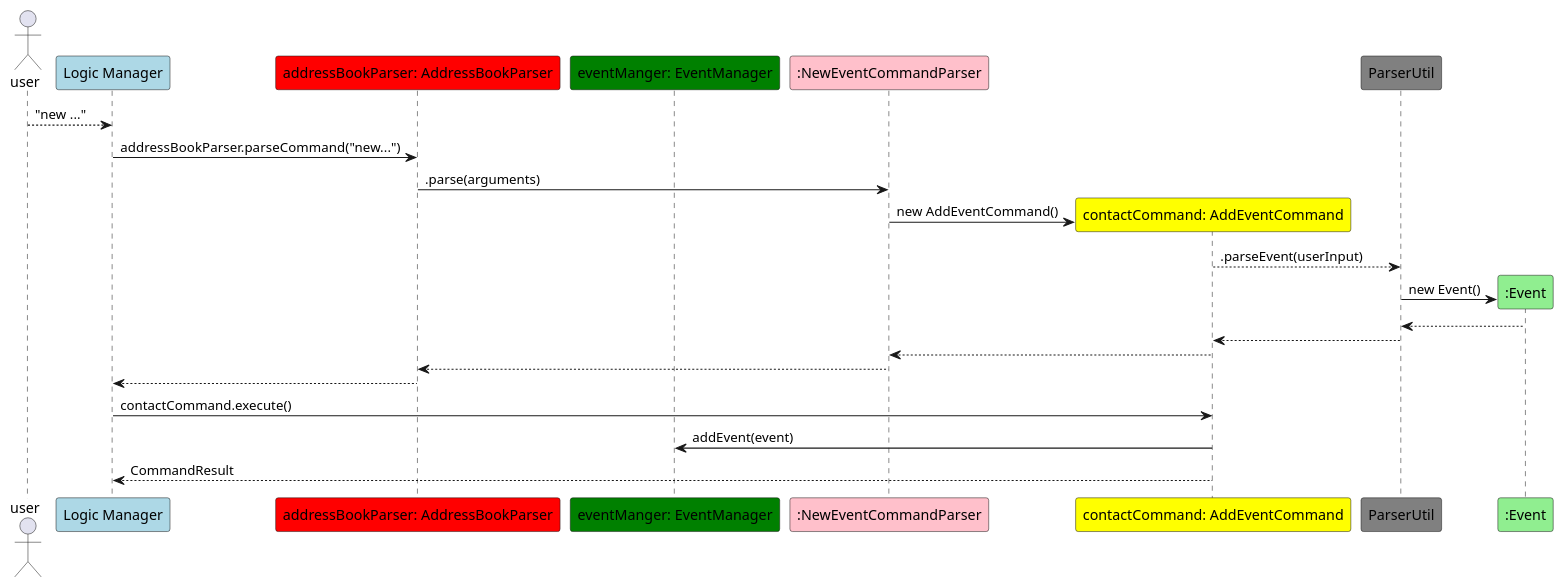
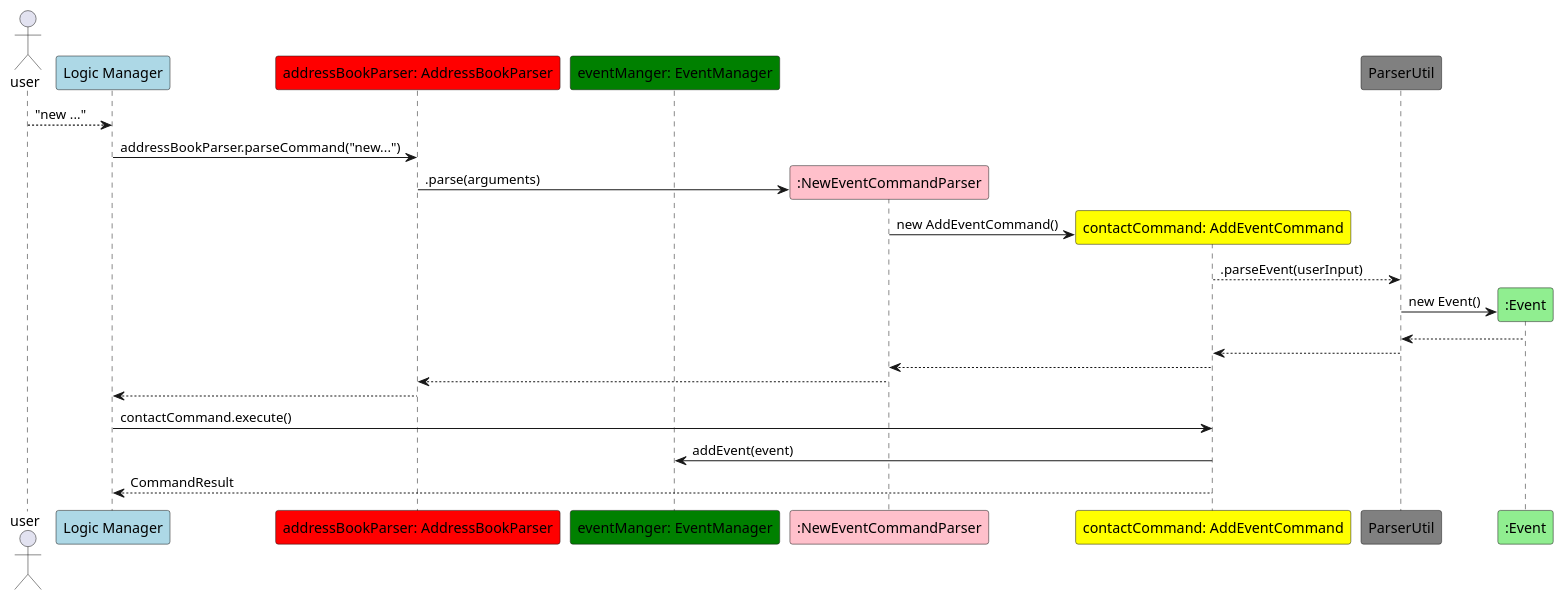
One commit to nus-cs2103-AY2425S1/tp changed the diagram in docs/diagrams/AddEventCommandSequenceDiagram.puml. Above: the diagram before and after it, drawn with PlantUML.

Commit message:
Update puml file

```diff
--- a/docs/diagrams/AddEventCommandSequenceDiagram.puml
+++ b/docs/diagrams/AddEventCommandSequenceDiagram.puml
@@ -1,29 +1,30 @@
 @startuml
 Actor user
 participant "Logic Manager" as L #lightblue
 participant "addressBookParser: AddressBookParser" as A #red
 participant "eventManger: EventManager" as C #green
 participant ":NewEventCommandParser" as P #pink
 participant "contactCommand: AddEventCommand" as B #yellow
 participant "ParserUtil" as U #gray
 participant ":Event" as E #lightgreen
 
 
 user --> L: "new ..."
 L-> A: addressBookParser.parseCommand("new...")
+create P
 A -> P: .parse(arguments)
 
 create B
 P -> B: new AddEventCommand()
 B --> U: .parseEvent(userInput)
 create E
 U -> E: new Event()
 E-->U
 U-->B
 B --> P:
 P --> A:
 A --> L
 L -> B:  contactCommand.execute()
 B -> C: addEvent(event)
 B --> L: CommandResult
 @enduml
```
